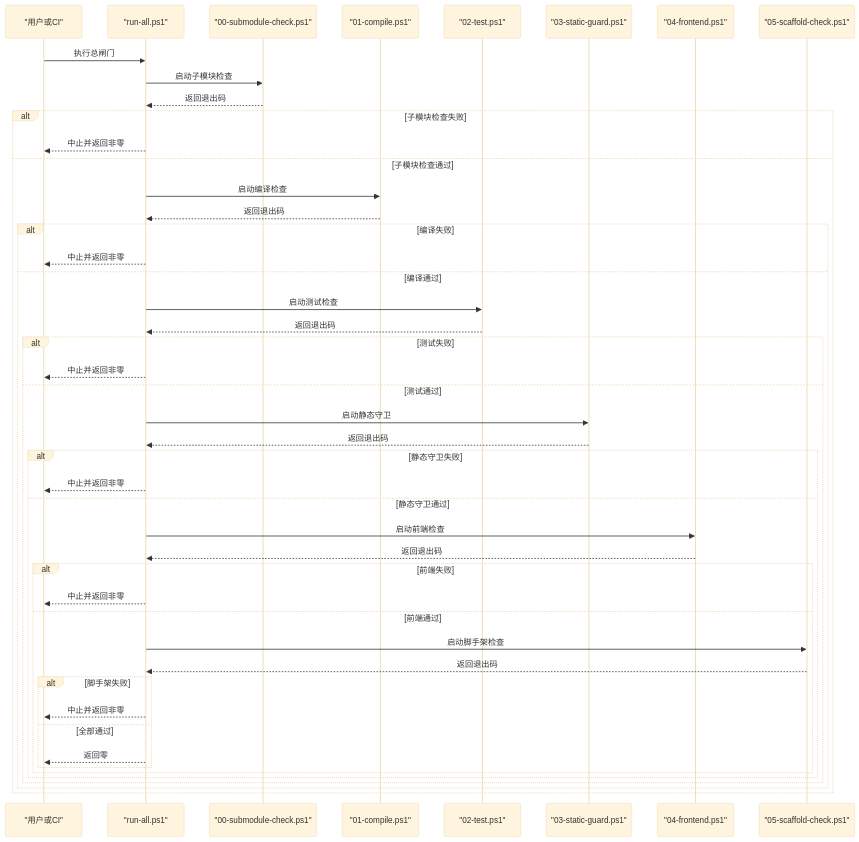
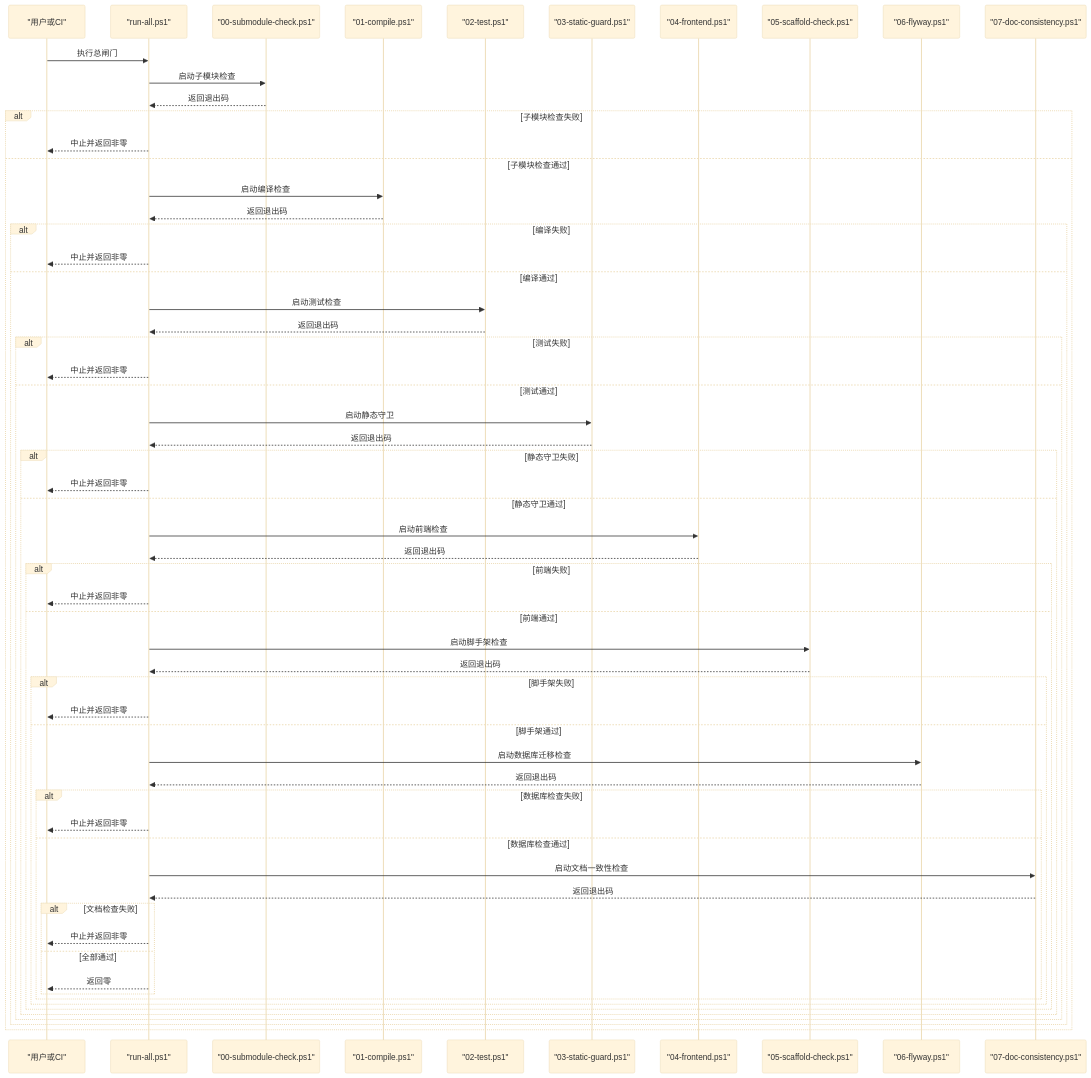
The second of 11 diagrams in .qoder/repowiki/zh/content/自动化验证/自动化验证.md (luyitiger6/my-first-project), drawn with Mermaid (base theme) before and after one commit. The commit also changed other lines of this file and 35 other files, not shown here.

````diff
--- a/.qoder/repowiki/zh/content/自动化验证/自动化验证.md
+++ b/.qoder/repowiki/zh/content/自动化验证/自动化验证.md
@@ -87,49 +102,63 @@
 ```mermaid
 sequenceDiagram
 participant User as "用户或CI"
 participant Harness as "run-all.ps1"
 participant G0 as "00-submodule-check.ps1"
 participant G1 as "01-compile.ps1"
 participant G2 as "02-test.ps1"
 participant G3 as "03-static-guard.ps1"
 participant G4 as "04-frontend.ps1"
 participant G5 as "05-scaffold-check.ps1"
+participant G6 as "06-flyway.ps1"
+participant G7 as "07-doc-consistency.ps1"
 User->>Harness : 执行总闸门
 Harness->>G0 : 启动子模块检查
 G0-->>Harness : 返回退出码
 alt 子模块检查失败
 Harness-->>User : 中止并返回非零
 else 子模块检查通过
 Harness->>G1 : 启动编译检查
 G1-->>Harness : 返回退出码
 alt 编译失败
 Harness-->>User : 中止并返回非零
 else 编译通过
 Harness->>G2 : 启动测试检查
 G2-->>Harness : 返回退出码
 alt 测试失败
 Harness-->>User : 中止并返回非零
 else 测试通过
 Harness->>G3 : 启动静态守卫
 G3-->>Harness : 返回退出码
 alt 静态守卫失败
 Harness-->>User : 中止并返回非零
 else 静态守卫通过
 Harness->>G4 : 启动前端检查
 G4-->>Harness : 返回退出码
 alt 前端失败
 Harness-->>User : 中止并返回非零
 else 前端通过
 Harness->>G5 : 启动脚手架检查
 G5-->>Harness : 返回退出码
 alt 脚手架失败
 Harness-->>User : 中止并返回非零
+else 脚手架通过
+Harness->>G6 : 启动数据库迁移检查
+G6-->>Harness : 返回退出码
+alt 数据库检查失败
+Harness-->>User : 中止并返回非零
+else 数据库检查通过
+Harness->>G7 : 启动文档一致性检查
+G7-->>Harness : 返回退出码
+alt 文档检查失败
+Harness-->>User : 中止并返回非零
 else 全部通过
 Harness-->>User : 返回零
 end
 end
 end
 end
 end
 end
+end
+end
 ```
````
